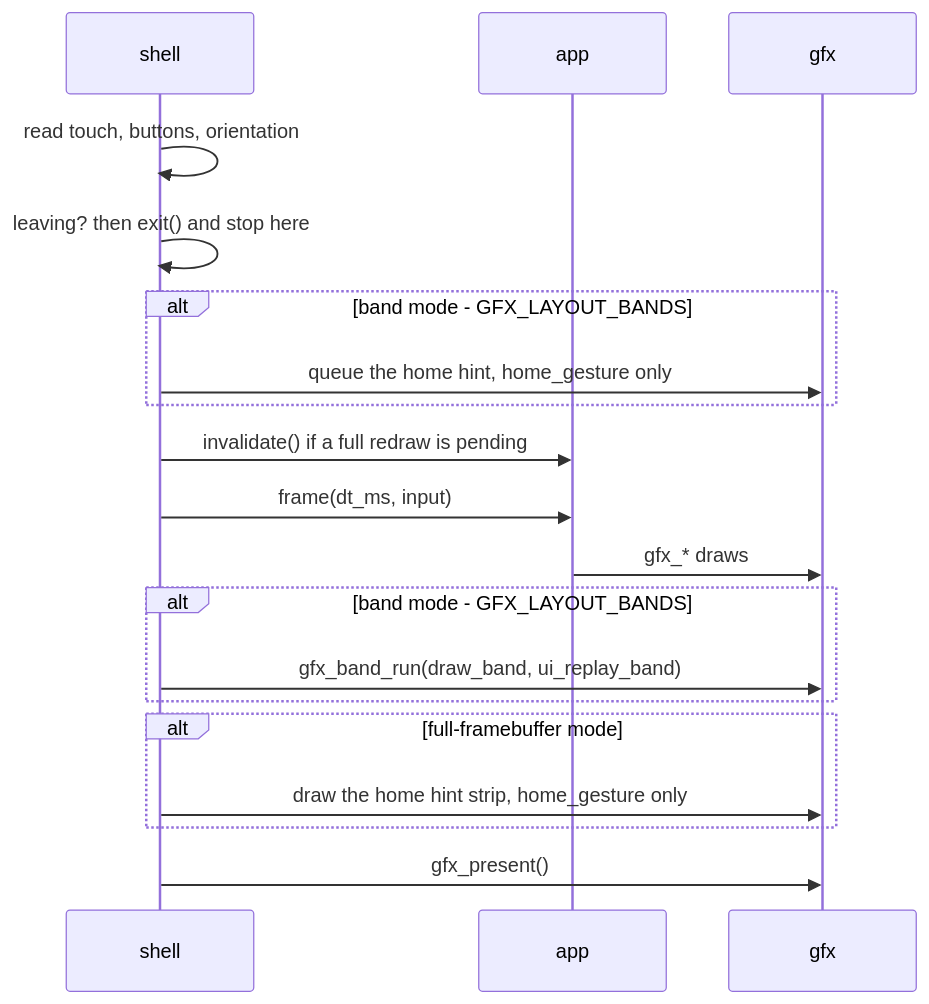
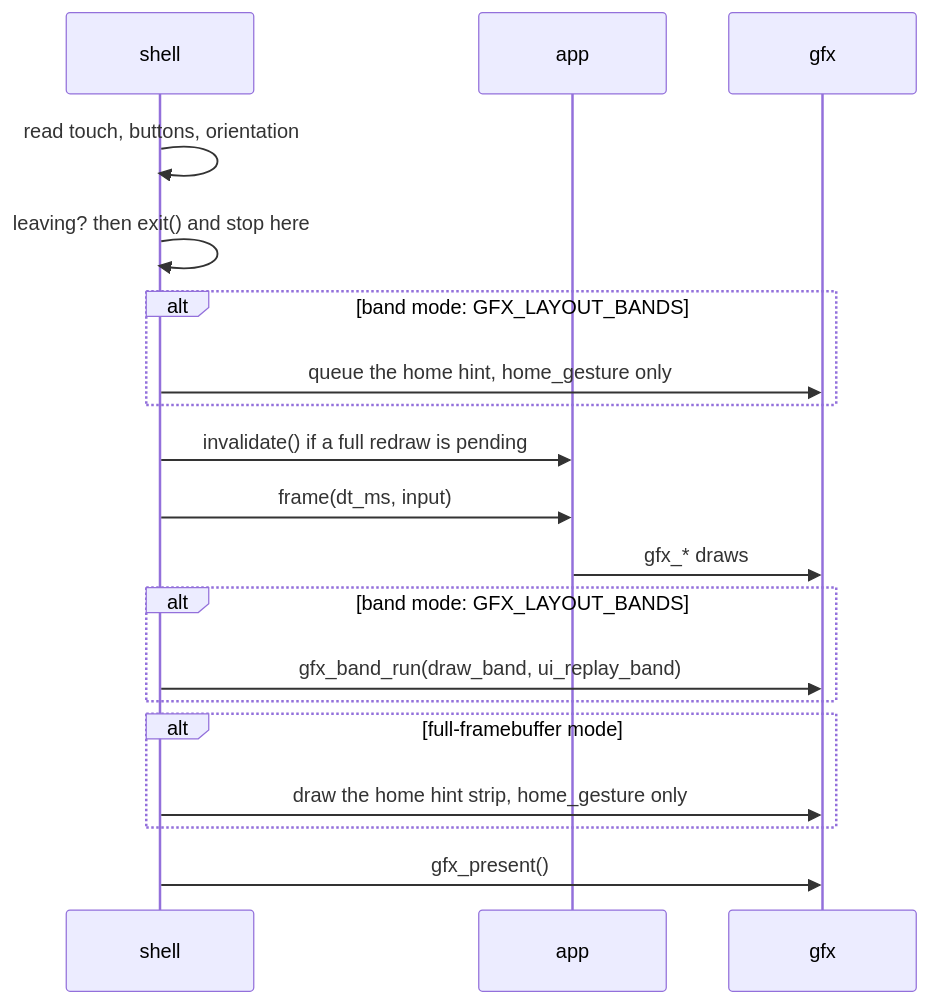
The second of 3 diagrams in docs/Building-an-App.md (jose-villegas/autana), drawn with Mermaid before and after one commit. The commit also changed other lines of this file and 6 other files, not shown here.

````diff
--- a/docs/Building-an-App.md
+++ b/docs/Building-an-App.md
@@ -138,21 +138,21 @@
 ```mermaid
 sequenceDiagram
     participant S as shell
     participant A as app
     participant G as gfx
     S->>S: read touch, buttons, orientation
     S->>S: leaving? then exit() and stop here
-    alt band mode - GFX_LAYOUT_BANDS
+    alt band mode: GFX_LAYOUT_BANDS
         S->>G: queue the home hint, home_gesture only
     end
     S->>A: invalidate() if a full redraw is pending
     S->>A: frame(dt_ms, input)
     A->>G: gfx_* draws
-    alt band mode - GFX_LAYOUT_BANDS
+    alt band mode: GFX_LAYOUT_BANDS
         S->>G: gfx_band_run(draw_band, ui_replay_band)
     end
     alt full-framebuffer mode
         S->>G: draw the home hint strip, home_gesture only
     end
     S->>G: gfx_present()
 ```
````
